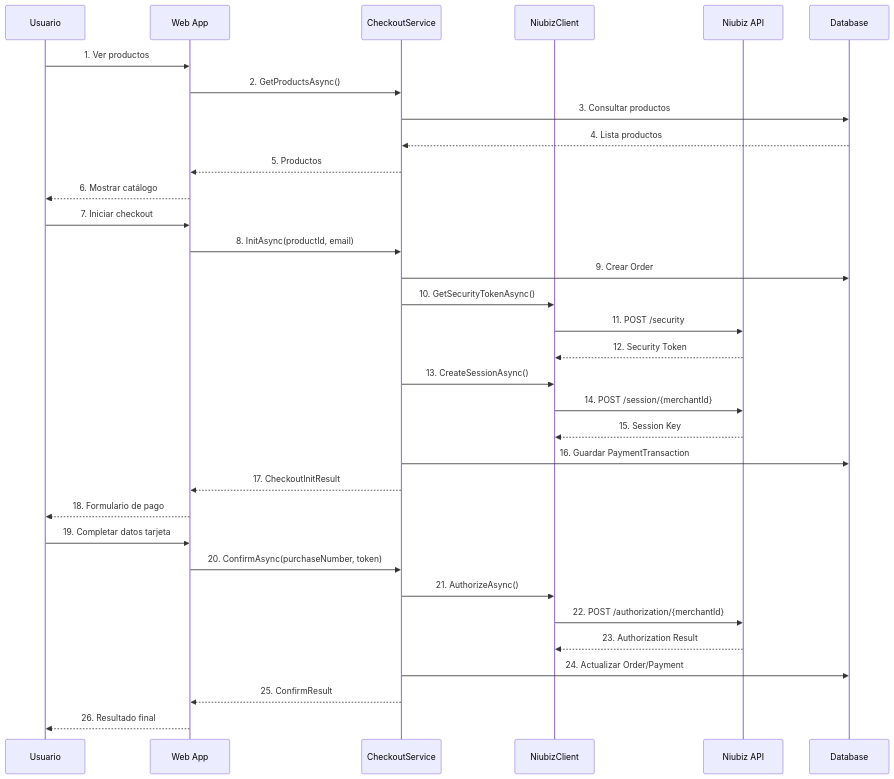
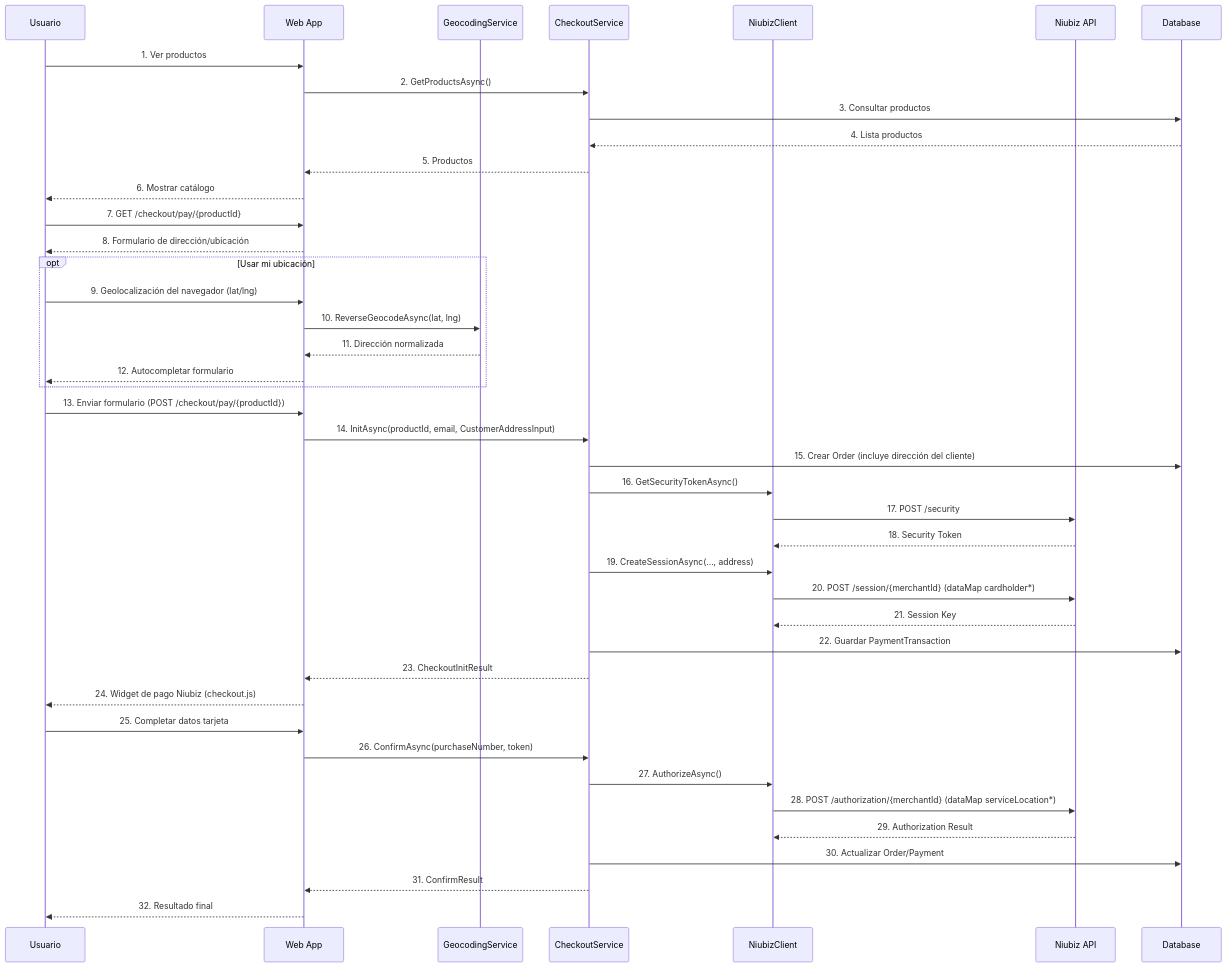
The second of 2 diagrams in README.md (eincioch/IntegracionNiubizDemo), drawn with Mermaid before and after one commit. The commit also changed other lines of this file, not shown here.

First line of the commit message:
Checkout con dirección, antifraude y reverse geocoding

````diff
--- a/README.md
+++ b/README.md
@@ -544,38 +614,49 @@
 ```mermaid
 sequenceDiagram
     participant U as Usuario
     participant W as Web App
+    participant G as GeocodingService
     participant C as CheckoutService
     participant N as NiubizClient
     participant API as Niubiz API
     participant DB as Database
 
     U->>W: 1. Ver productos
     W->>C: 2. GetProductsAsync()
     C->>DB: 3. Consultar productos
     DB-->>C: 4. Lista productos
     C-->>W: 5. Productos
     W-->>U: 6. Mostrar catálogo
 
-    U->>W: 7. Iniciar checkout
-    W->>C: 8. InitAsync(productId, email)
-    C->>DB: 9. Crear Order
-    C->>N: 10. GetSecurityTokenAsync()
-    N->>API: 11. POST /security
-    API-->>N: 12. Security Token
-    C->>N: 13. CreateSessionAsync()
-    N->>API: 14. POST /session/{merchantId}
-    API-->>N: 15. Session Key
-    C->>DB: 16. Guardar PaymentTransaction
-    C-->>W: 17. CheckoutInitResult
-    W-->>U: 18. Formulario de pago
+    U->>W: 7. GET /checkout/pay/{productId}
+    W-->>U: 8. Formulario de dirección/ubicación
 
-    U->>W: 19. Completar datos tarjeta
-    W->>C: 20. ConfirmAsync(purchaseNumber, token)
-    C->>N: 21. AuthorizeAsync()
-    N->>API: 22. POST /authorization/{merchantId}
-    API-->>N: 23. Authorization Result
-    C->>DB: 24. Actualizar Order/Payment
-    C-->>W: 25. ConfirmResult
-    W-->>U: 26. Resultado final
+    opt Usar mi ubicación
+        U->>W: 9. Geolocalización del navegador (lat/lng)
+        W->>G: 10. ReverseGeocodeAsync(lat, lng)
+        G-->>W: 11. Dirección normalizada
+        W-->>U: 12. Autocompletar formulario
+    end
+
+    U->>W: 13. Enviar formulario (POST /checkout/pay/{productId})
+    W->>C: 14. InitAsync(productId, email, CustomerAddressInput)
+    C->>DB: 15. Crear Order (incluye dirección del cliente)
+    C->>N: 16. GetSecurityTokenAsync()
+    N->>API: 17. POST /security
+    API-->>N: 18. Security Token
+    C->>N: 19. CreateSessionAsync(..., address)
+    N->>API: 20. POST /session/{merchantId} (dataMap cardholder*)
+    API-->>N: 21. Session Key
+    C->>DB: 22. Guardar PaymentTransaction
+    C-->>W: 23. CheckoutInitResult
+    W-->>U: 24. Widget de pago Niubiz (checkout.js)
+
+    U->>W: 25. Completar datos tarjeta
+    W->>C: 26. ConfirmAsync(purchaseNumber, token)
+    C->>N: 27. AuthorizeAsync()
+    N->>API: 28. POST /authorization/{merchantId} (dataMap serviceLocation*)
+    API-->>N: 29. Authorization Result
+    C->>DB: 30. Actualizar Order/Payment
+    C-->>W: 31. ConfirmResult
+    W-->>U: 32. Resultado final
 ```
````
